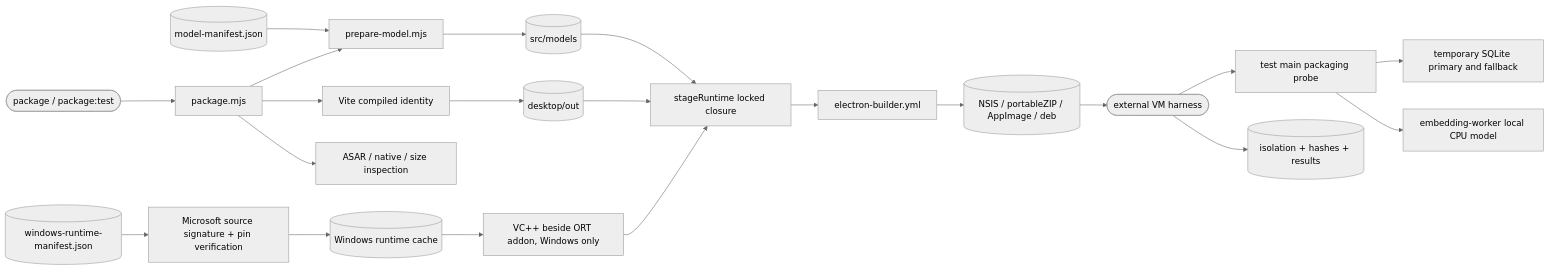
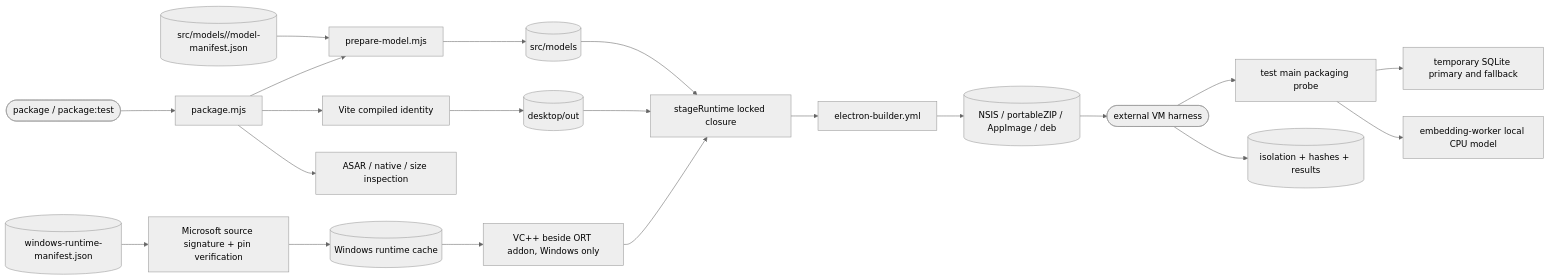
One commit to DDP-Engineering/2026_Virtual_Embedded_Rig_Assistant changed the diagram in .agentic/knowledge/native-packaging.md. Above: the diagram before and after it, drawn with Mermaid (neutral theme). The commit also changed other lines of this file and 49 other files, not shown here.

````diff
--- a/.agentic/knowledge/native-packaging.md
+++ b/.agentic/knowledge/native-packaging.md
@@ -22,23 +25,23 @@
 ```mermaid
 flowchart LR
-  manifest[(model-manifest.json)] --> prepare[prepare-model.mjs]
+  manifest[("src/models/<model-id>/model-manifest.json")] --> prepare[prepare-model.mjs]
   prepare --> models[(src/models)]
   command([package / package:test]) --> package[package.mjs]
   package --> prepare
   package --> build[Vite compiled identity]
   build --> output[(desktop/out)]
   output --> stage[stageRuntime locked closure]
   models --> stage
   crtManifest[(windows-runtime-manifest.json)] --> crtPrepare[Microsoft source signature + pin verification]
   crtPrepare --> crtCache[(Windows runtime cache)]
   crtCache --> crtNative[VC++ beside ORT addon, Windows only]
   crtNative --> stage
   stage --> builder[electron-builder.yml]
   builder --> artifact[(NSIS / portableZIP / AppImage / deb)]
   package --> inspection[ASAR / native / size inspection]
   artifact --> host([external VM harness])
   host --> probe[test main packaging probe]
   probe --> sqlite[temporary SQLite primary and fallback]
   probe --> worker[embedding-worker local CPU model]
   host --> evidence[(isolation + hashes + results)]
 ```
````
